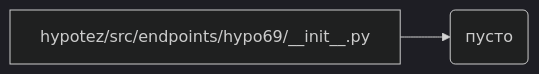
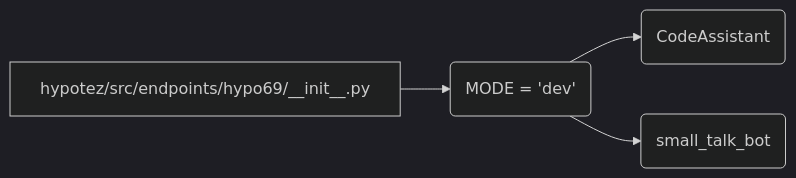
The diagram in docs/gemini/ru/explainer/src/endpoints/hypo69/__init__.md (hypo69/hypo), drawn with Mermaid (dark theme) before and after one commit. The commit also changed other lines of this file and 43 other files, not shown here.

````diff
--- a/docs/gemini/ru/explainer/src/endpoints/hypo69/__init__.md
+++ b/docs/gemini/ru/explainer/src/endpoints/hypo69/__init__.md
@@ -30,4 +29,6 @@
 ```mermaid
 graph LR
-    A[hypotez/src/endpoints/hypo69/__init__.py] --> B(пусто);
+    A[hypotez/src/endpoints/hypo69/__init__.py] --> B(MODE = 'dev');
+    B --> C(CodeAssistant);
+    B --> D(small_talk_bot);
 ```
````
